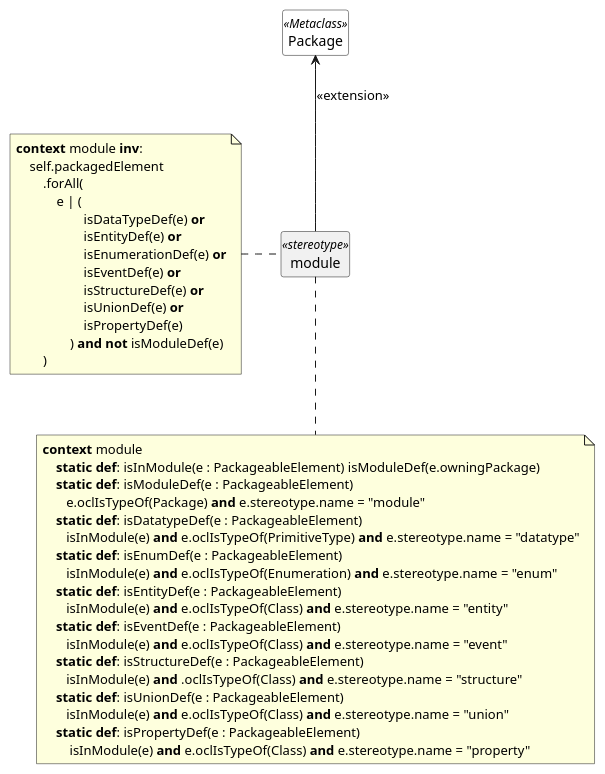
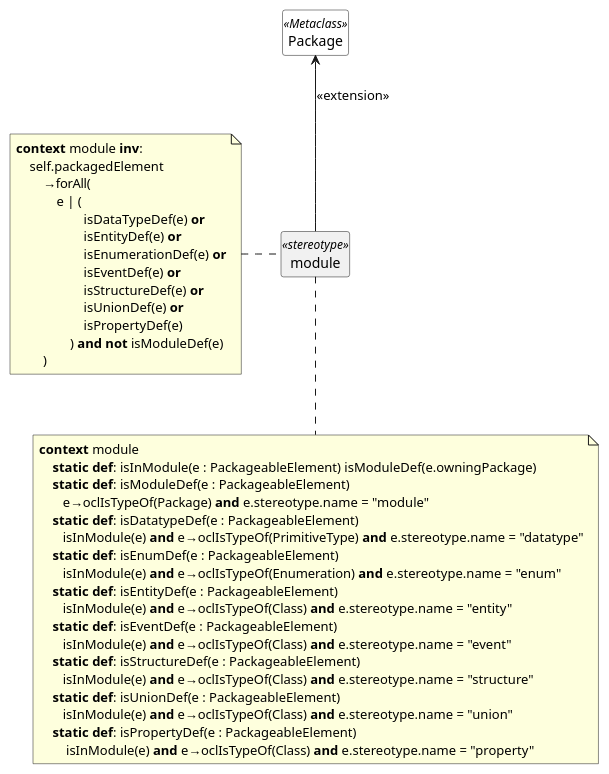
One commit to sdm-lang/tree-sitter-sdml changed the third of 21 diagrams in docs/uml-profile.org. Above: the diagram before and after it, drawn with PlantUML. The commit also changed other lines of this file and 29 other files, not shown here.

```diff
--- a/docs/uml-profile.org
+++ b/docs/uml-profile.org
@@ -82,50 +82,50 @@
 #+BEGIN_SRC plantuml :file uml-profile-module.svg
 skinparam backgroundColor transparent
 skinparam style strictuml
 skinparam linetype polyline
 skinparam nodesep 40
 
 hide circle
 hide members
 
 class Package <<Metaclass>> #white {}
 class module <<stereotype>> {}
 module -up-> Package: <<extension>>
 
 note left of module
 **context** module **inv**:
     self.packagedElement
-        .forAll(
+        →forAll(
             e | (
                     isDataTypeDef(e) **or**
                     isEntityDef(e) **or**
                     isEnumerationDef(e) **or**
                     isEventDef(e) **or**
                     isStructureDef(e) **or**
                     isUnionDef(e) **or**
                     isPropertyDef(e)
                 ) **and** **not** isModuleDef(e)
         )
 end note
 
 note bottom of module
 **context** module
     **static** **def**: isInModule(e : PackageableElement) isModuleDef(e.owningPackage)
     **static** **def**: isModuleDef(e : PackageableElement)
-       e.oclIsTypeOf(Package) **and** e.stereotype.name = "module"
+       e→oclIsTypeOf(Package) **and** e.stereotype.name = "module"
     **static** **def**: isDatatypeDef(e : PackageableElement)
-       isInModule(e) **and** e.oclIsTypeOf(PrimitiveType) **and** e.stereotype.name = "datatype"
+       isInModule(e) **and** e→oclIsTypeOf(PrimitiveType) **and** e.stereotype.name = "datatype"
     **static** **def**: isEnumDef(e : PackageableElement)
-       isInModule(e) **and** e.oclIsTypeOf(Enumeration) **and** e.stereotype.name = "enum"
+       isInModule(e) **and** e→oclIsTypeOf(Enumeration) **and** e.stereotype.name = "enum"
     **static** **def**: isEntityDef(e : PackageableElement)
-       isInModule(e) **and** e.oclIsTypeOf(Class) **and** e.stereotype.name = "entity"
+       isInModule(e) **and** e→oclIsTypeOf(Class) **and** e.stereotype.name = "entity"
     **static** **def**: isEventDef(e : PackageableElement)
-       isInModule(e) **and** e.oclIsTypeOf(Class) **and** e.stereotype.name = "event"
+       isInModule(e) **and** e→oclIsTypeOf(Class) **and** e.stereotype.name = "event"
     **static** **def**: isStructureDef(e : PackageableElement)
-       isInModule(e) **and** .oclIsTypeOf(Class) **and** e.stereotype.name = "structure"
+       isInModule(e) **and** e→oclIsTypeOf(Class) **and** e.stereotype.name = "structure"
     **static** **def**: isUnionDef(e : PackageableElement)
-       isInModule(e) **and** e.oclIsTypeOf(Class) **and** e.stereotype.name = "union"
+       isInModule(e) **and** e→oclIsTypeOf(Class) **and** e.stereotype.name = "union"
     **static** **def**: isPropertyDef(e : PackageableElement)
-        isInModule(e) **and** e.oclIsTypeOf(Class) **and** e.stereotype.name = "property"
+        isInModule(e) **and** e→oclIsTypeOf(Class) **and** e.stereotype.name = "property"
 end note
 #+END_SRC
```
